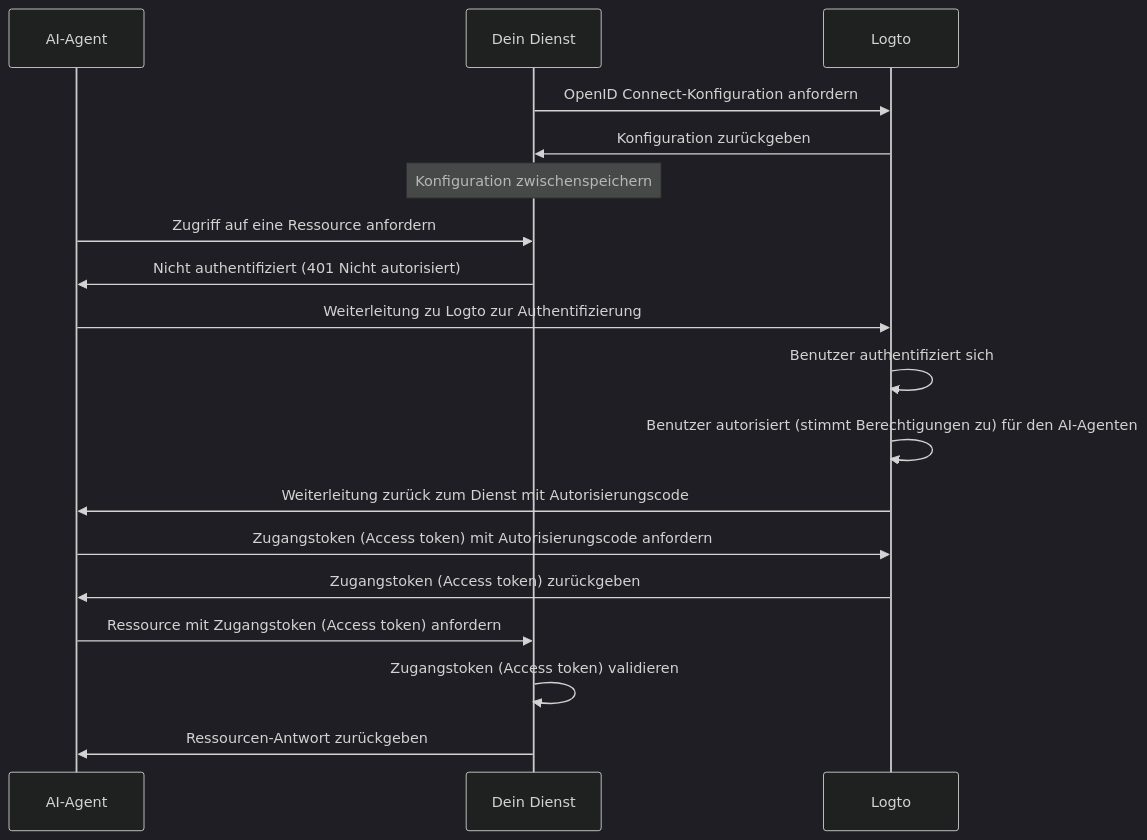
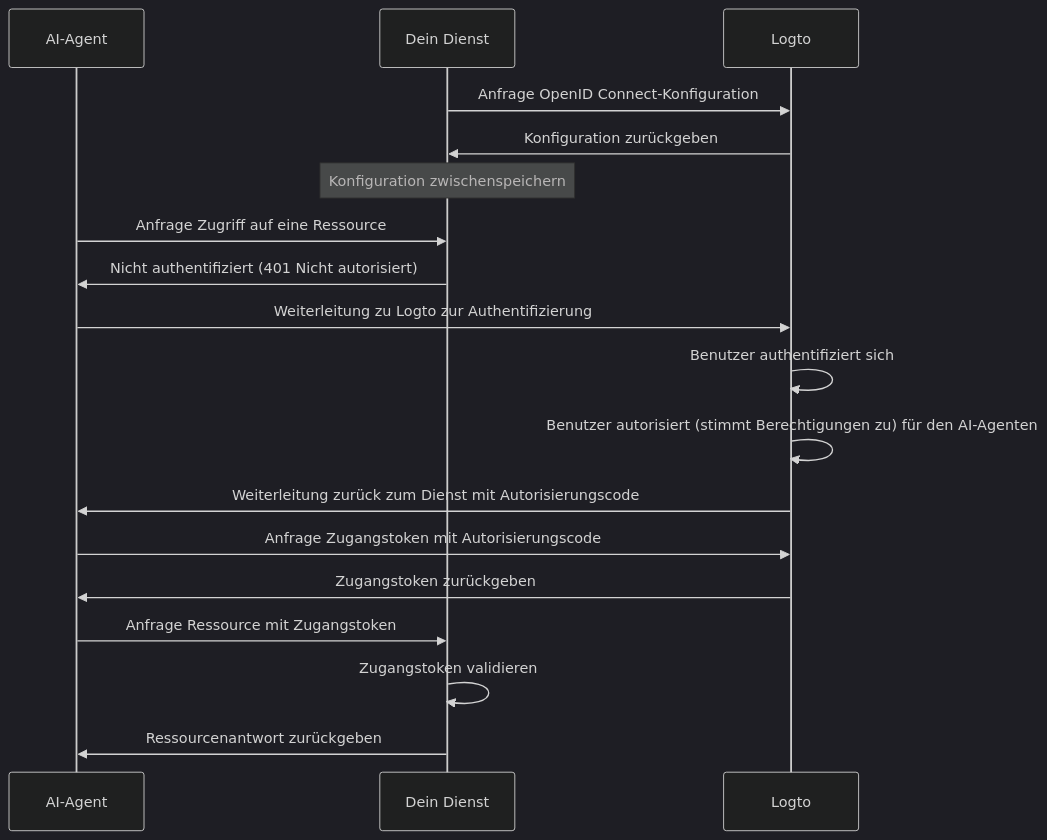
One commit to logto-io/docs changed the diagram in i18n/de/docusaurus-plugin-content-docs/current/use-cases/ai/enable-third-party-ai-agent-access.mdx. Above: the diagram before and after it, drawn with Mermaid (dark theme). The commit also changed other lines of this file and 89 other files, not shown here.

````diff
--- a/i18n/de/docusaurus-plugin-content-docs/current/use-cases/ai/enable-third-party-ai-agent-access.mdx
+++ b/i18n/de/docusaurus-plugin-content-docs/current/use-cases/ai/enable-third-party-ai-agent-access.mdx
@@ -61,21 +64,21 @@
 ```mermaid
 sequenceDiagram
     participant Agent as AI-Agent
     participant Service as Dein Dienst
     participant Logto
 
-    Service->>Logto: OpenID Connect-Konfiguration anfordern
+    Service->>Logto: Anfrage OpenID Connect-Konfiguration
     Logto->>Service: Konfiguration zurückgeben
     Note over Service: Konfiguration zwischenspeichern
-    Agent->>Service: Zugriff auf eine Ressource anfordern
+    Agent->>Service: Anfrage Zugriff auf eine Ressource
     Service->>Agent: Nicht authentifiziert (401 Nicht autorisiert)
     Agent->>Logto: Weiterleitung zu Logto zur Authentifizierung
     Logto->>Logto: Benutzer authentifiziert sich
     Logto->>Logto: Benutzer autorisiert (stimmt Berechtigungen zu) für den AI-Agenten
     Logto->>Agent: Weiterleitung zurück zum Dienst mit Autorisierungscode
-    Agent->>Logto: Zugangstoken (Access token) mit Autorisierungscode anfordern
-    Logto->>Agent: Zugangstoken (Access token) zurückgeben
-    Agent->>Service: Ressource mit Zugangstoken (Access token) anfordern
-    Service->>Service: Zugangstoken (Access token) validieren
-    Service->>Agent: Ressourcen-Antwort zurückgeben
+    Agent->>Logto: Anfrage Zugangstoken mit Autorisierungscode
+    Logto->>Agent: Zugangstoken zurückgeben
+    Agent->>Service: Anfrage Ressource mit Zugangstoken
+    Service->>Service: Zugangstoken validieren
+    Service->>Agent: Ressourcenantwort zurückgeben
 ```
````
